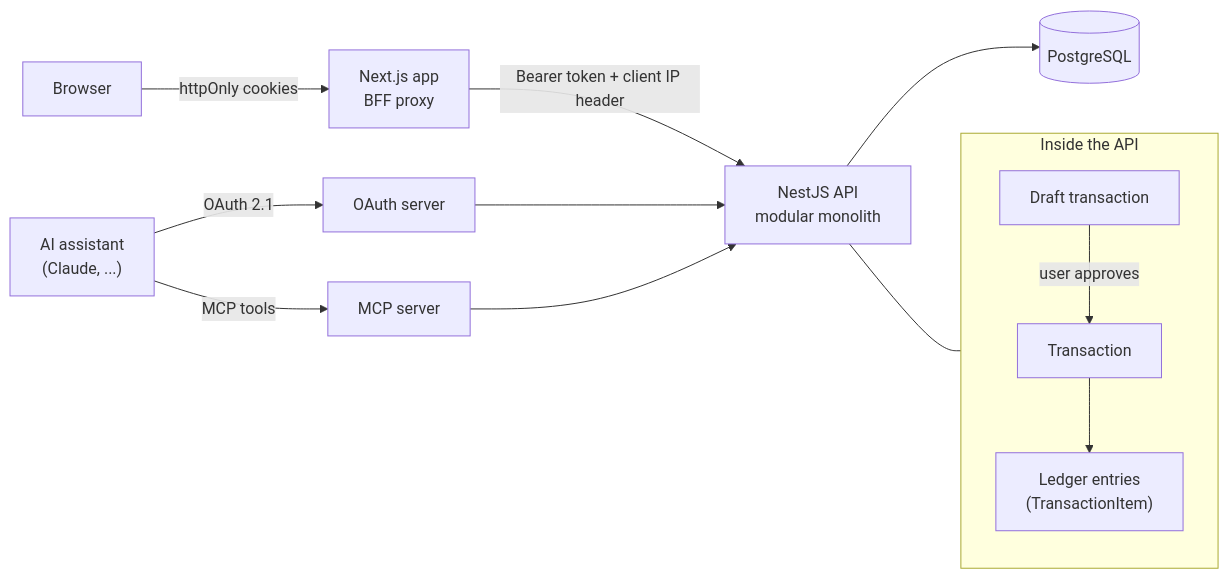
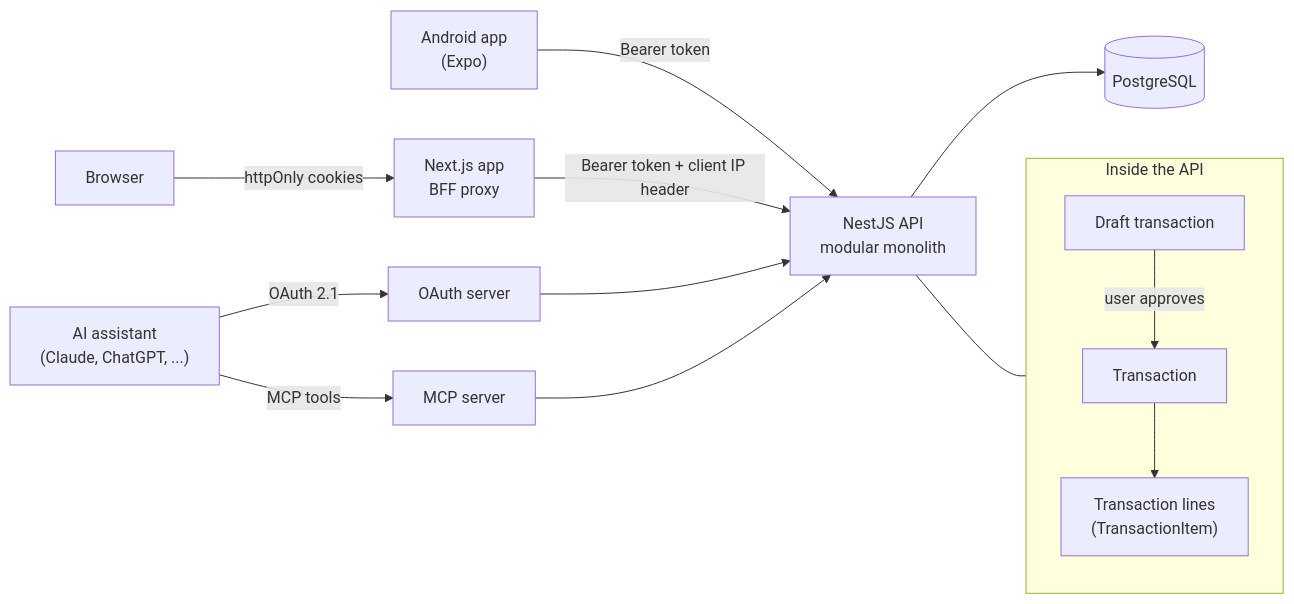
The diagram in readme.md (sedky02/MoFin), drawn with Mermaid before and after one commit. The commit also changed other lines of this file and 21 other files, not shown here.

````diff
--- a/readme.md
+++ b/readme.md
@@ -79,17 +208,18 @@
 ```mermaid
 flowchart LR
     Browser["Browser"] -->|"httpOnly cookies"| BFF["Next.js app<br/>BFF proxy"]
+    Phone["Android app<br/>(Expo)"] -->|"Bearer token"| API
     BFF -->|"Bearer token + client IP header"| API["NestJS API<br/>modular monolith"]
     API --> DB[("PostgreSQL")]
 
-    AI["AI assistant<br/>(Claude, ...)"] -->|"OAuth 2.1"| OAuth["OAuth server"]
+    AI["AI assistant<br/>(Claude, ChatGPT, ...)"] -->|"OAuth 2.1"| OAuth["OAuth server"]
     AI -->|"MCP tools"| MCP["MCP server"]
     OAuth --> API
     MCP --> API
 
     subgraph API_internals["Inside the API"]
         Draft["Draft transaction"] -->|"user approves"| Tx["Transaction"]
-        Tx --> Ledger["Ledger entries<br/>(TransactionItem)"]
+        Tx --> Lines["Transaction lines<br/>(TransactionItem)"]
     end
     API --- API_internals
 ```
````
